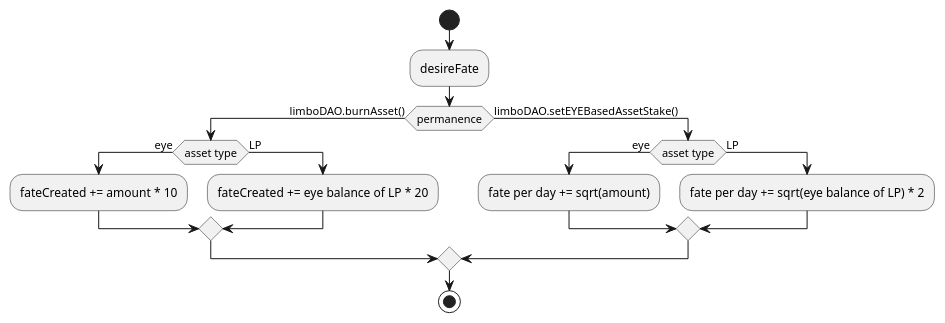
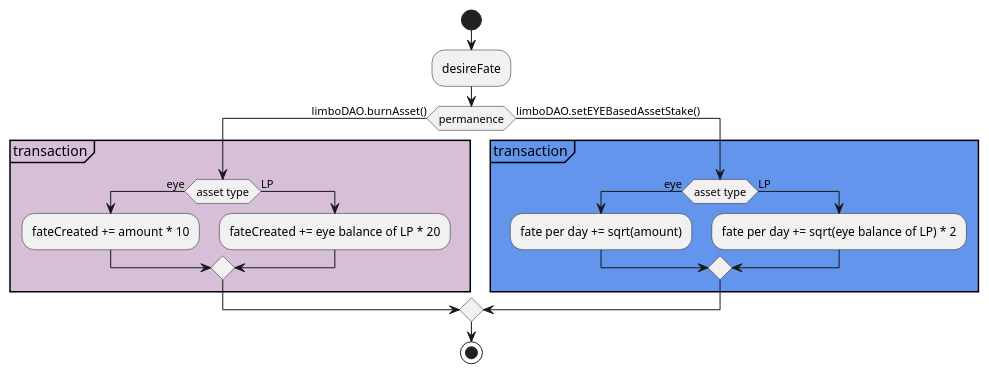
The diagram in documentation/LimboDAO/acquireFate.plantUML (Behodler/limbo), drawn with PlantUML before and after one commit. The commit also changed 3 other files, not shown here.

Commit message:
lodgeProposal activity diagram

```diff
--- a/documentation/LimboDAO/acquireFate.plantUML
+++ b/documentation/LimboDAO/acquireFate.plantUML
@@ -1,18 +1,22 @@
 @startuml
 start
 :desireFate;
 if(permanence) then (limboDAO.burnAsset())
-    if(asset type) then (eye)
-    :fateCreated += amount * 10;
-    else (LP)
-       :fateCreated += eye balance of LP * 20;
-    endif
+    partition #thistle "transaction"{
+        if(asset type) then (eye)
+            :fateCreated += amount * 10;
+        else (LP)
+            :fateCreated += eye balance of LP * 20;
+        endif
+    }
 else (limboDAO.setEYEBasedAssetStake())
-   if(asset type) then (eye)
-    :fate per day += sqrt(amount);
-    else (LP)
-        :fate per day += sqrt(eye balance of LP) * 2;
-    endif
+    partition #CornflowerBlue "transaction"{
+        if(asset type) then (eye)
+            :fate per day += sqrt(amount);
+        else (LP)
+            :fate per day += sqrt(eye balance of LP) * 2;
+        endif
+    }
 endif
 stop
 @enduml
```
